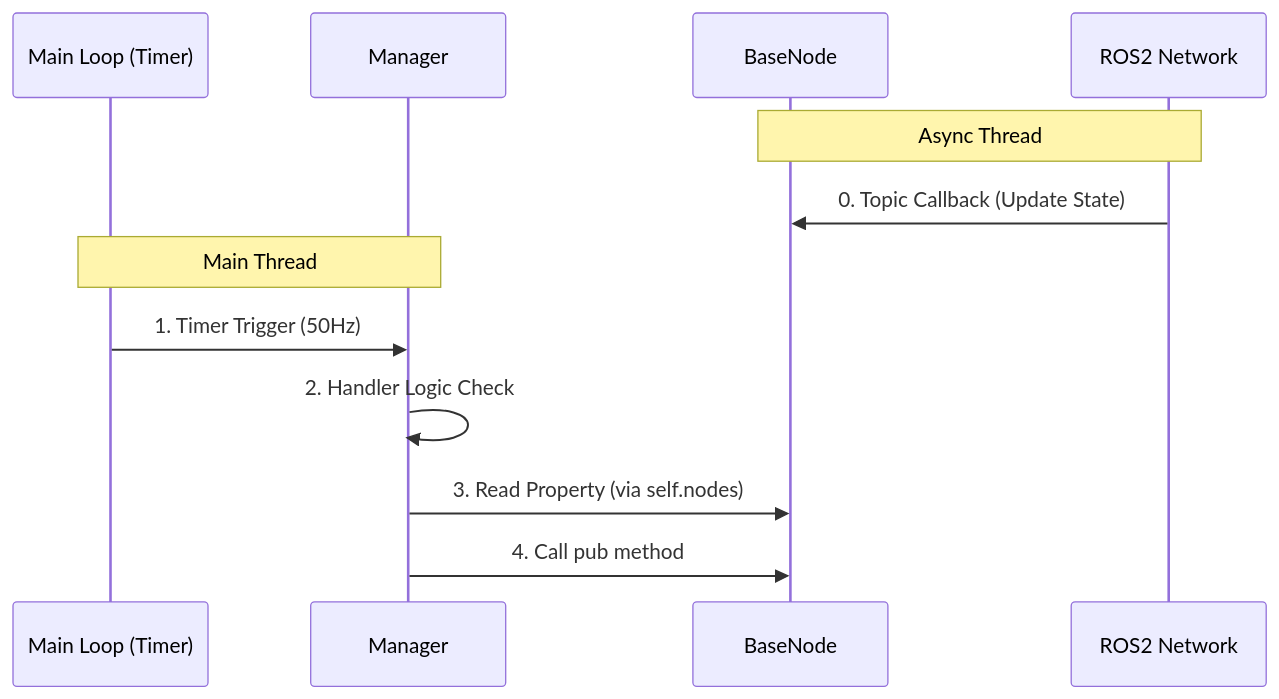
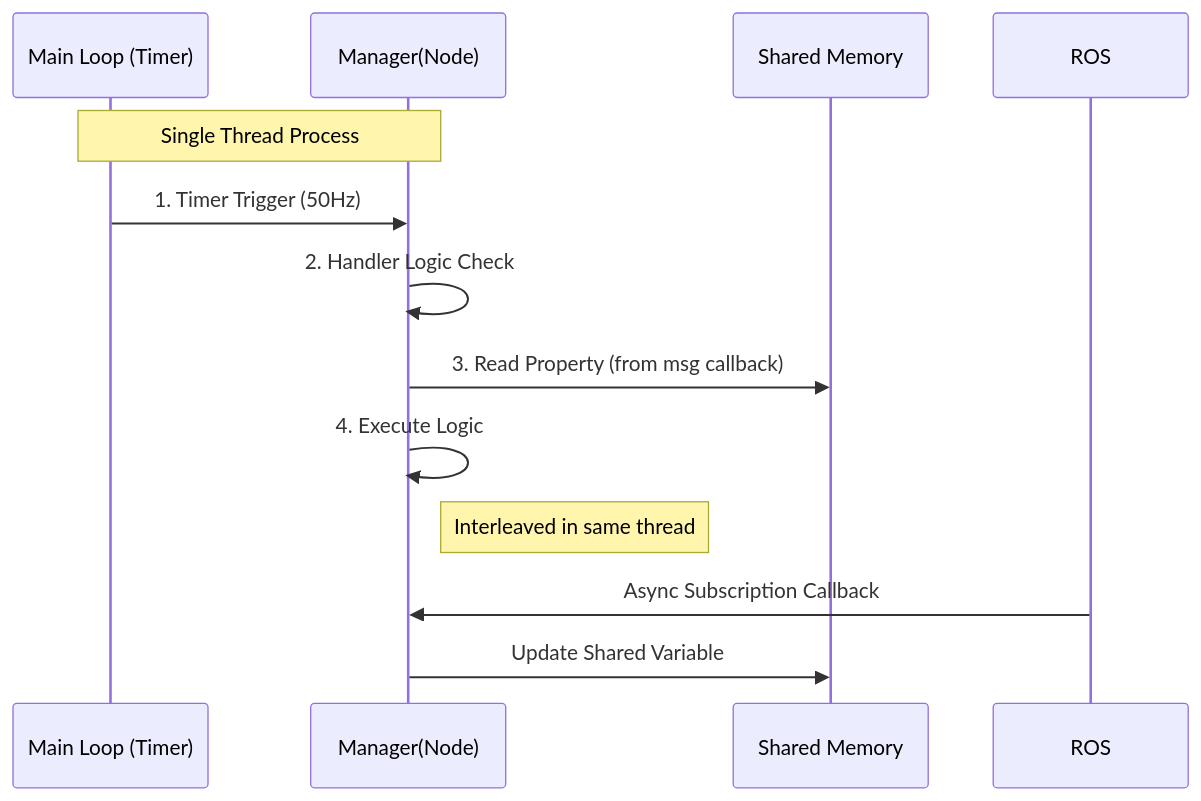
Before and after one commit to 11chens/ros_base_doc: the first of 3 diagrams in docs/core-concepts/node.md, drawn with Mermaid. The commit also changed 12 other files, not shown here.

````diff
--- a/docs/core-concepts/node.md
+++ b/docs/core-concepts/node.md
@@ -13,16 +13,17 @@
 ```mermaid
 sequenceDiagram
     participant OS as Main Loop (Timer)
-    participant Mgr as Manager
-    participant Node as BaseNode
-    participant ROS as ROS2 Network
+    participant Mgr as Manager(Node)
+    participant Data as Shared Memory
 
-    Note over ROS, Node: Async Thread
-    ROS->>Node: 0. Topic Callback (Update State)
-
-    Note over OS, Mgr: Main Thread
+    Note over OS, Mgr: Single Thread Process
+    
     OS->>Mgr: 1. Timer Trigger (50Hz)
     Mgr->>Mgr: 2. Handler Logic Check
-    Mgr->>Node: 3. Read Property (via self.nodes)
-    Mgr->>Node: 4. Call pub method
+    Mgr->>Data: 3. Read Property (from msg callback)
+    Mgr->>Mgr: 4. Execute Logic
+    
+    Note right of Mgr: Interleaved in same thread
+    ROS->>Mgr: Async Subscription Callback
+    Mgr->>Data: Update Shared Variable
 ```
````
